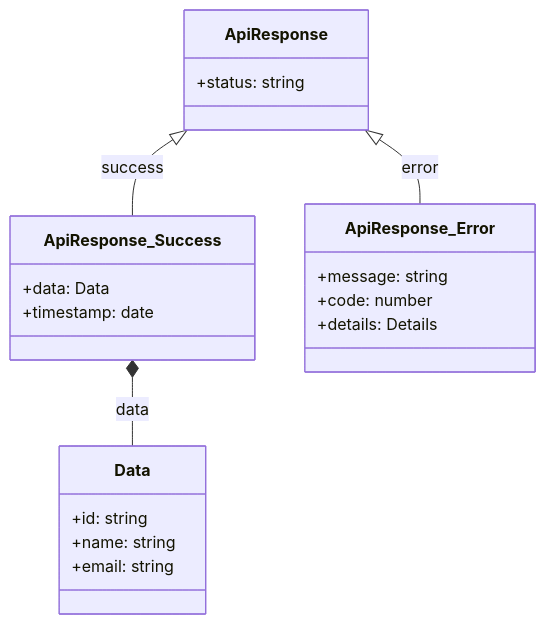
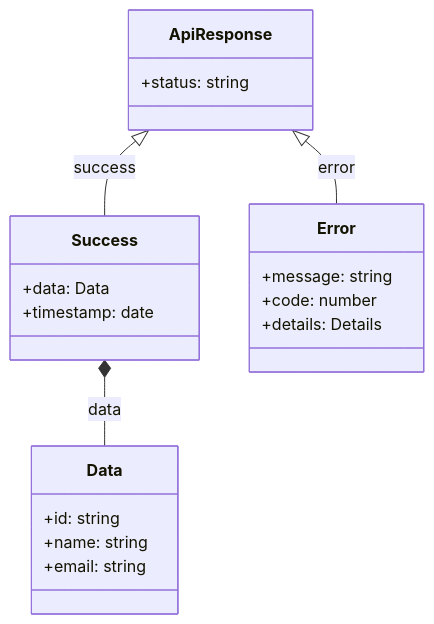
One commit to kothar/zod-mermaid changed the ninth of 19 diagrams in examples/mermaid-examples.md. Above: the diagram before and after it, drawn with Mermaid. The commit also changed other lines of this file and 13 other files, not shown here.

First line of the commit message:
Enhance entity naming in Mermaid diagrams for discriminated unions (#3)

````diff
--- a/examples/mermaid-examples.md
+++ b/examples/mermaid-examples.md
@@ -184,23 +274,23 @@
 ```mermaid
 classDiagram
     class ApiResponse {
         +status: string
     }
-    class ApiResponse_Success {
+    class Success {
         +data: Data
         +timestamp: date
     }
     class Data {
         +id: string
         +name: string
         +email: string
     }
-    class ApiResponse_Error {
+    class Error {
         +message: string
         +code: number
         +details: Details
     }
-    ApiResponse_Success *-- Data : data
-    ApiResponse <|-- ApiResponse_Success : success
-    ApiResponse <|-- ApiResponse_Error : error
+    Success *-- Data : data
+    ApiResponse <|-- Success : success
+    ApiResponse <|-- Error : error
 ```
````
